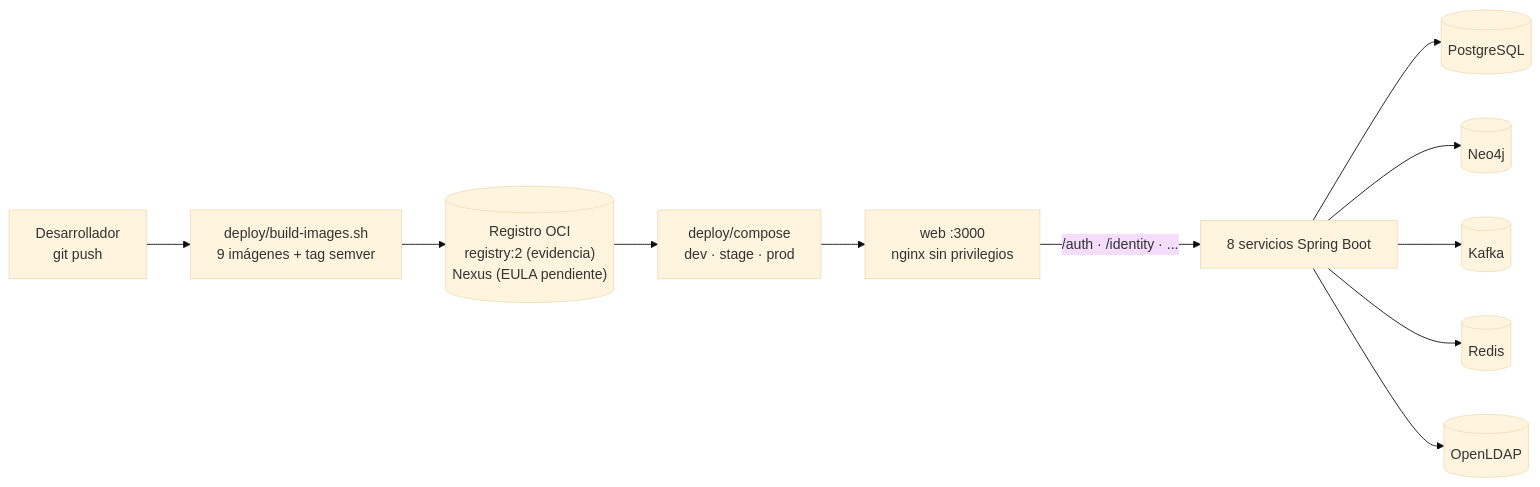
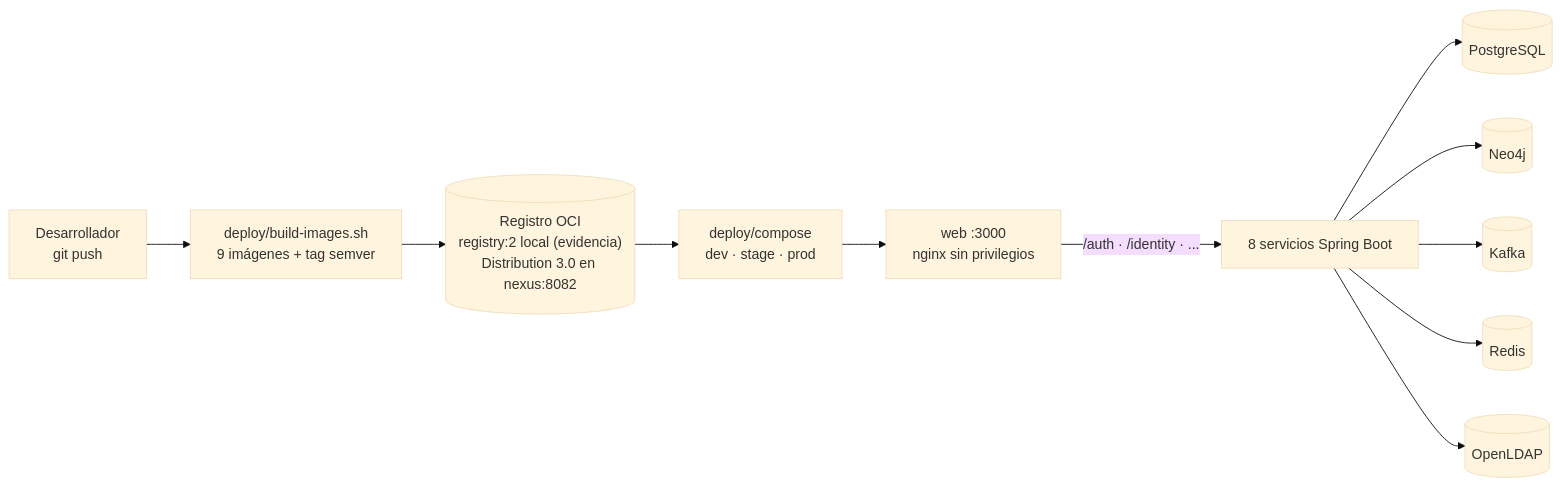
The diagram in docs/arquitectura/empaquetado-inmutable.md (ingesoft5/circle-guard-finalproject_A00400179_A00399934_A00399492), drawn with Mermaid (base theme) before and after one commit. The commit also changed other lines of this file and 16 other files, not shown here.

````diff
--- a/docs/arquitectura/empaquetado-inmutable.md
+++ b/docs/arquitectura/empaquetado-inmutable.md
@@ -6,13 +6,13 @@
 ```mermaid
 flowchart LR
     dev["Desarrollador<br/>git push"] --> build["deploy/build-images.sh<br/>9 imágenes + tag semver"]
-    build --> registry[("Registro OCI<br/>registry:2 (evidencia)<br/>Nexus (EULA pendiente)")]
+    build --> registry[("Registro OCI<br/>registry:2 local (evidencia)<br/>Distribution 3.0 en nexus:8082")]
     registry --> compose["deploy/compose<br/>dev · stage · prod"]
     compose --> web["web :3000<br/>nginx sin privilegios"]
     web -->|"/auth · /identity · ..."| svc["8 servicios Spring Boot"]
     svc --> pg[("PostgreSQL")]
     svc --> neo[("Neo4j")]
     svc --> kafka[("Kafka")]
     svc --> redis[("Redis")]
     svc --> ldap[("OpenLDAP")]
 ```
````
